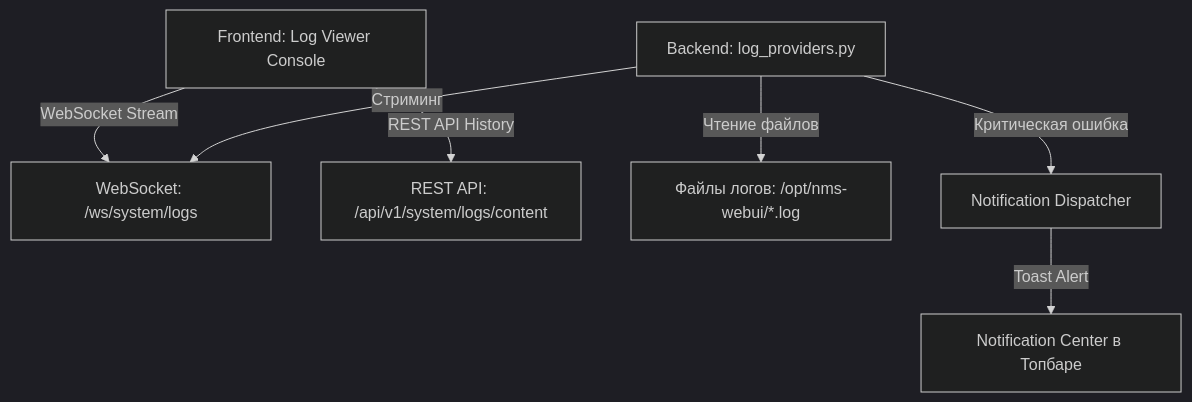
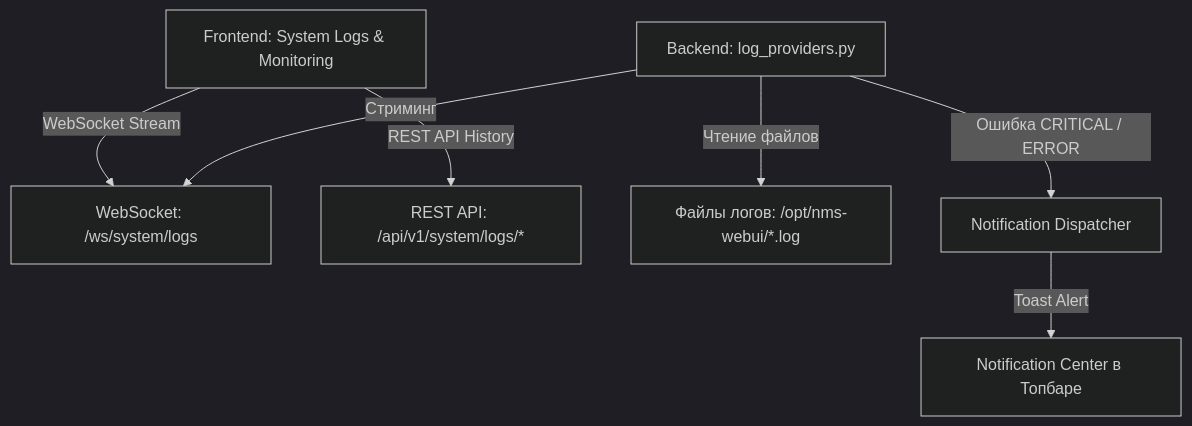
Before and after one commit to Apofixc/nms-webui: the diagram in docs/wiki/02-usage/07-system-logs-and-monitoring.md, drawn with Mermaid (dark theme). The commit also changed other lines of this file, not shown here.

Commit message:
docs: update system logs and monitoring guide with new configuration details

````diff
--- a/docs/wiki/02-usage/07-system-logs-and-monitoring.md
+++ b/docs/wiki/02-usage/07-system-logs-and-monitoring.md
@@ -59,9 +76,9 @@
 ```mermaid
 graph TD
-    UI["Frontend: Log Viewer Console"] -->|WebSocket Stream| WS["WebSocket: /ws/system/logs"]
-    UI -->|REST API History| API["REST API: /api/v1/system/logs/content"]
+    UI["Frontend: System Logs & Monitoring"] -->|WebSocket Stream| WS["WebSocket: /ws/system/logs"]
+    UI -->|REST API History| API["REST API: /api/v1/system/logs/*"]
     Provider["Backend: log_providers.py"] -->|Чтение файлов| LogFiles["Файлы логов: /opt/nms-webui/*.log"]
     Provider -->|Стриминг| WS
-    Provider -->|Критическая ошибка| Notif["Notification Dispatcher"]
+    Provider -->|Ошибка CRITICAL / ERROR| Notif["Notification Dispatcher"]
     Notif -->|Toast Alert| TopBar["Notification Center в Топбаре"]
 ```
````
